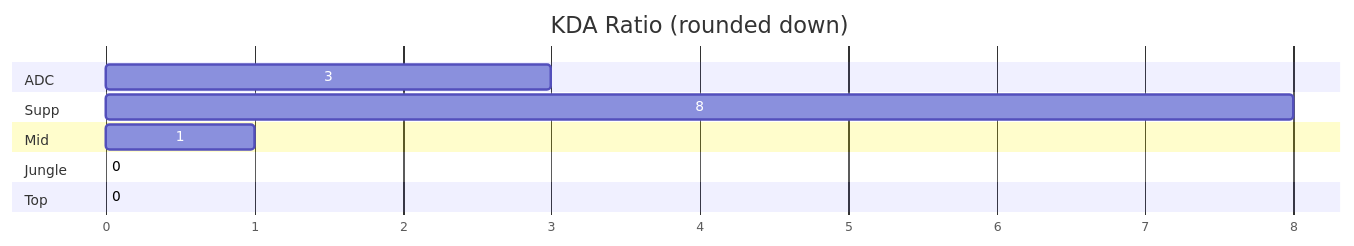
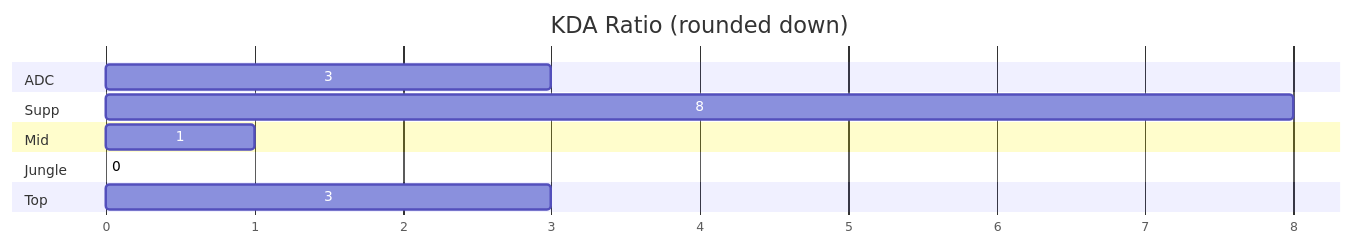
One commit to flowinho/zensical-website changed the third of 5 diagrams in docs/gaming/wild-rift.md. Above: the diagram before and after it, drawn with Mermaid. The commit also changed other lines of this file, not shown here.

````diff
--- a/docs/gaming/wild-rift.md
+++ b/docs/gaming/wild-rift.md
@@ -82,16 +84,16 @@
 ```mermaid
 gantt
     title KDA Ratio (rounded down)
     dateFormat X
     axisFormat %s
     section ADC
     3   : 0, 3
     section Supp
     8   : 0, 8
     section Mid
     1   : 0, 1
     section Jungle
     0    : 0, 0
     section Top
-    0    : 0, 0
+    3    : 0, 3
 ```
````
